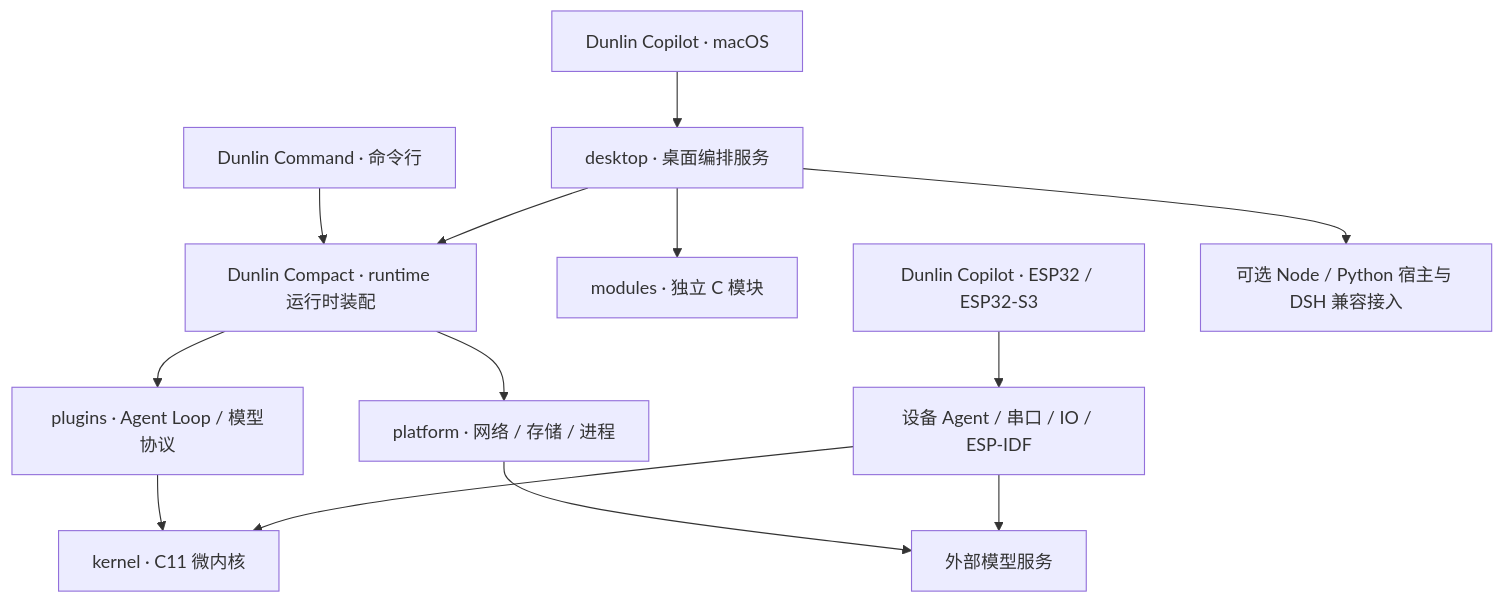
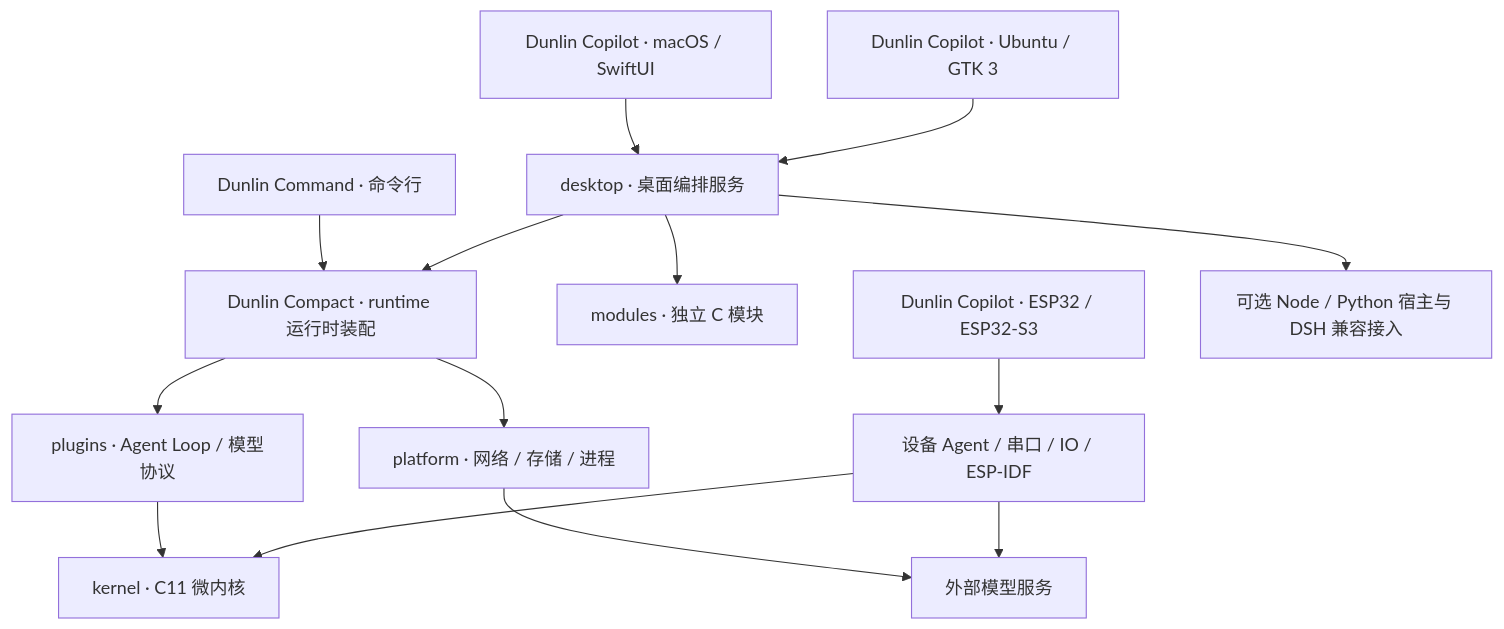
Before and after one commit to ailifelab/dunlin-c: the diagram in README.md, drawn with Mermaid. The commit also changed other lines of this file and 59 other files, not shown here.

````diff
--- a/README.md
+++ b/README.md
@@ -15,27 +15,29 @@
 ```mermaid
 flowchart TB
     Command["Dunlin Command · 命令行"]
-    Mac["Dunlin Copilot · macOS"]
+    Mac["Dunlin Copilot · macOS / SwiftUI"]
+    Ubuntu["Dunlin Copilot · Ubuntu / GTK 3"]
     Device["Dunlin Copilot · ESP32 / ESP32-S3"]
     Desktop["desktop · 桌面编排服务"]
     Modules["modules · 独立 C 模块"]
     Runtime["Dunlin Compact · runtime 运行时装配"]
     Plugins["plugins · Agent Loop / 模型协议"]
     Platform["platform · 网络 / 存储 / 进程"]
     Kernel["kernel · C11 微内核"]
     Embedded["设备 Agent / 串口 / IO / ESP-IDF"]
     Hosts["可选 Node / Python 宿主与 DSH 兼容接入"]
     Model["外部模型服务"]
     Command --> Runtime
     Mac --> Desktop
+    Ubuntu --> Desktop
     Desktop --> Modules
     Desktop --> Runtime
     Desktop --> Hosts
     Runtime --> Plugins
     Runtime --> Platform
     Plugins --> Kernel
     Platform --> Model
     Device --> Embedded
     Embedded --> Kernel
     Embedded --> Model
 ```
````
